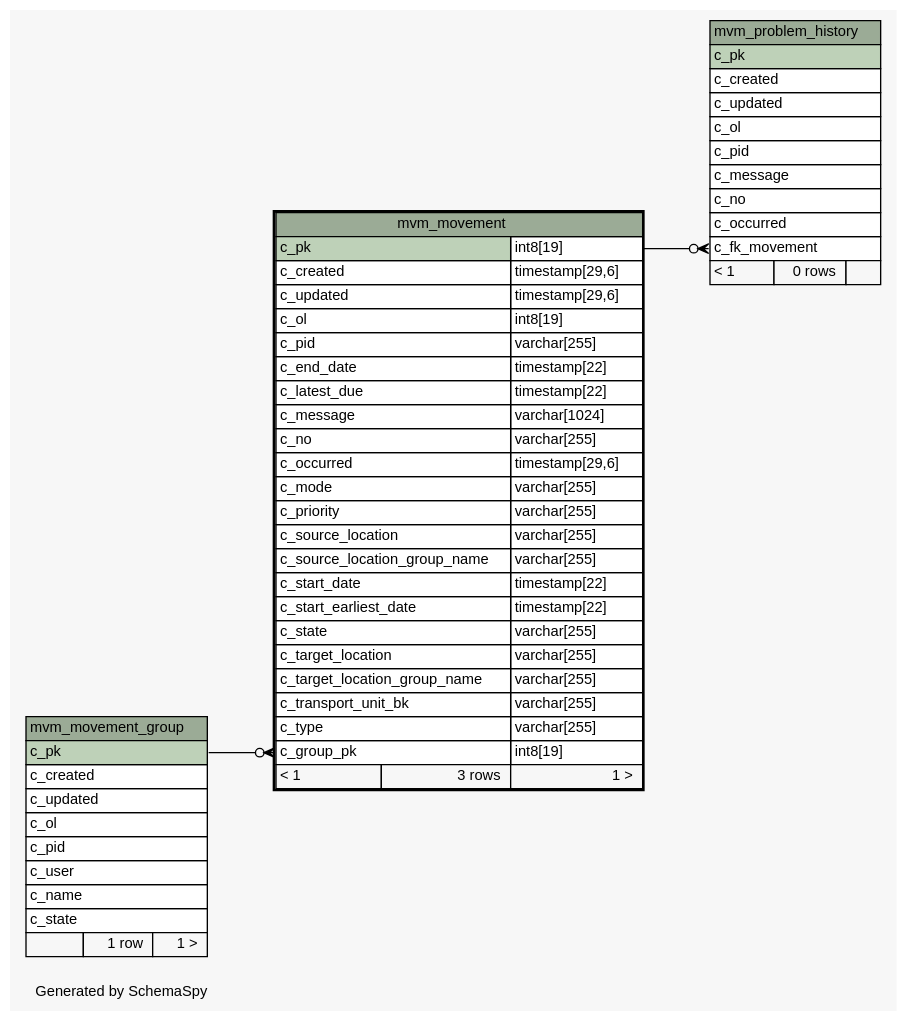
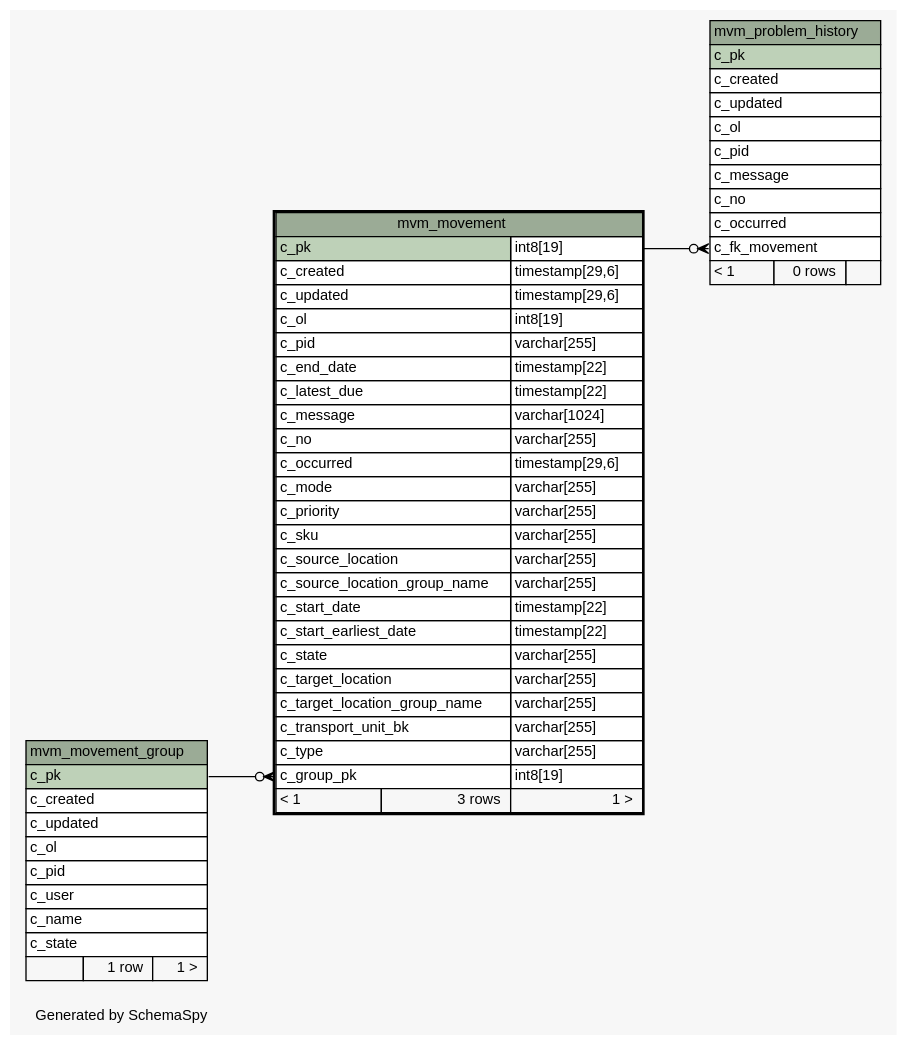
One commit to openwms/org.openwms.wms.movements.lib changed the diagram in 1.0.0-SNAPSHOT/schemaspy/diagrams/mvm_movement.1degree.dot. Above: the diagram before and after it, drawn with Graphviz. The commit also changed 221 other files, not shown here.

```diff
--- a/1.0.0-SNAPSHOT/schemaspy/diagrams/mvm_movement.1degree.dot
+++ b/1.0.0-SNAPSHOT/schemaspy/diagrams/mvm_movement.1degree.dot
@@ -1,90 +1,91 @@
 // dot 2.43.0 on Linux 5.8.0-1042-azure
 // SchemaSpy rev Unknown
 digraph "oneDegreeRelationshipsDiagram" {
   graph [
     rankdir="RL"
     bgcolor="#f7f7f7"
     label="\nGenerated by SchemaSpy"
     labeljust="l"
     nodesep="0.18"
     ranksep="0.46"
     fontname="Helvetica"
     fontsize="11"
   ];
   node [
     fontname="Helvetica"
     fontsize="11"
     shape="plaintext"
   ];
   edge [
     arrowsize="0.8"
   ];
   "mvm_movement":"c_group_pk":w -> "mvm_movement_group":"c_pk":e [arrowhead=none dir=back arrowtail=crowodot];
   "mvm_problem_history":"c_fk_movement":w -> "mvm_movement":"c_pk.type":e [arrowhead=none dir=back arrowtail=crowodot];
   "mvm_movement" [
     label=<
     <TABLE BORDER="2" CELLBORDER="1" CELLSPACING="0" BGCOLOR="#ffffff">
       <TR><TD COLSPAN="3" BGCOLOR="#9bab96" ALIGN="CENTER">mvm_movement</TD></TR>
       <TR><TD PORT="c_pk" COLSPAN="2" BGCOLOR="#bed1b8" ALIGN="LEFT">c_pk</TD><TD PORT="c_pk.type" ALIGN="LEFT">int8[19]</TD></TR>
       <TR><TD PORT="c_created" COLSPAN="2" ALIGN="LEFT">c_created</TD><TD PORT="c_created.type" ALIGN="LEFT">timestamp[29,6]</TD></TR>
       <TR><TD PORT="c_updated" COLSPAN="2" ALIGN="LEFT">c_updated</TD><TD PORT="c_updated.type" ALIGN="LEFT">timestamp[29,6]</TD></TR>
       <TR><TD PORT="c_ol" COLSPAN="2" ALIGN="LEFT">c_ol</TD><TD PORT="c_ol.type" ALIGN="LEFT">int8[19]</TD></TR>
       <TR><TD PORT="c_pid" COLSPAN="2" ALIGN="LEFT">c_pid</TD><TD PORT="c_pid.type" ALIGN="LEFT">varchar[255]</TD></TR>
       <TR><TD PORT="c_end_date" COLSPAN="2" ALIGN="LEFT">c_end_date</TD><TD PORT="c_end_date.type" ALIGN="LEFT">timestamp[22]</TD></TR>
       <TR><TD PORT="c_latest_due" COLSPAN="2" ALIGN="LEFT">c_latest_due</TD><TD PORT="c_latest_due.type" ALIGN="LEFT">timestamp[22]</TD></TR>
       <TR><TD PORT="c_message" COLSPAN="2" ALIGN="LEFT">c_message</TD><TD PORT="c_message.type" ALIGN="LEFT">varchar[1024]</TD></TR>
       <TR><TD PORT="c_no" COLSPAN="2" ALIGN="LEFT">c_no</TD><TD PORT="c_no.type" ALIGN="LEFT">varchar[255]</TD></TR>
       <TR><TD PORT="c_occurred" COLSPAN="2" ALIGN="LEFT">c_occurred</TD><TD PORT="c_occurred.type" ALIGN="LEFT">timestamp[29,6]</TD></TR>
       <TR><TD PORT="c_mode" COLSPAN="2" ALIGN="LEFT">c_mode</TD><TD PORT="c_mode.type" ALIGN="LEFT">varchar[255]</TD></TR>
       <TR><TD PORT="c_priority" COLSPAN="2" ALIGN="LEFT">c_priority</TD><TD PORT="c_priority.type" ALIGN="LEFT">varchar[255]</TD></TR>
+      <TR><TD PORT="c_sku" COLSPAN="2" ALIGN="LEFT">c_sku</TD><TD PORT="c_sku.type" ALIGN="LEFT">varchar[255]</TD></TR>
       <TR><TD PORT="c_source_location" COLSPAN="2" ALIGN="LEFT">c_source_location</TD><TD PORT="c_source_location.type" ALIGN="LEFT">varchar[255]</TD></TR>
       <TR><TD PORT="c_source_location_group_name" COLSPAN="2" ALIGN="LEFT">c_source_location_group_name</TD><TD PORT="c_source_location_group_name.type" ALIGN="LEFT">varchar[255]</TD></TR>
       <TR><TD PORT="c_start_date" COLSPAN="2" ALIGN="LEFT">c_start_date</TD><TD PORT="c_start_date.type" ALIGN="LEFT">timestamp[22]</TD></TR>
       <TR><TD PORT="c_start_earliest_date" COLSPAN="2" ALIGN="LEFT">c_start_earliest_date</TD><TD PORT="c_start_earliest_date.type" ALIGN="LEFT">timestamp[22]</TD></TR>
       <TR><TD PORT="c_state" COLSPAN="2" ALIGN="LEFT">c_state</TD><TD PORT="c_state.type" ALIGN="LEFT">varchar[255]</TD></TR>
       <TR><TD PORT="c_target_location" COLSPAN="2" ALIGN="LEFT">c_target_location</TD><TD PORT="c_target_location.type" ALIGN="LEFT">varchar[255]</TD></TR>
       <TR><TD PORT="c_target_location_group_name" COLSPAN="2" ALIGN="LEFT">c_target_location_group_name</TD><TD PORT="c_target_location_group_name.type" ALIGN="LEFT">varchar[255]</TD></TR>
       <TR><TD PORT="c_transport_unit_bk" COLSPAN="2" ALIGN="LEFT">c_transport_unit_bk</TD><TD PORT="c_transport_unit_bk.type" ALIGN="LEFT">varchar[255]</TD></TR>
       <TR><TD PORT="c_type" COLSPAN="2" ALIGN="LEFT">c_type</TD><TD PORT="c_type.type" ALIGN="LEFT">varchar[255]</TD></TR>
       <TR><TD PORT="c_group_pk" COLSPAN="2" ALIGN="LEFT">c_group_pk</TD><TD PORT="c_group_pk.type" ALIGN="LEFT">int8[19]</TD></TR>
       <TR><TD ALIGN="LEFT" BGCOLOR="#f7f7f7">&lt; 1</TD><TD ALIGN="RIGHT" BGCOLOR="#f7f7f7">3 rows</TD><TD ALIGN="RIGHT" BGCOLOR="#f7f7f7">1 &gt;</TD></TR>
     </TABLE>>
     URL="mvm_movement.html"
     tooltip="mvm_movement"
   ];
   "mvm_movement_group" [
     label=<
     <TABLE BORDER="0" CELLBORDER="1" CELLSPACING="0" BGCOLOR="#ffffff">
       <TR><TD COLSPAN="3" BGCOLOR="#9bab96" ALIGN="CENTER">mvm_movement_group</TD></TR>
       <TR><TD PORT="c_pk" COLSPAN="3" BGCOLOR="#bed1b8" ALIGN="LEFT">c_pk</TD></TR>
       <TR><TD PORT="c_created" COLSPAN="3" ALIGN="LEFT">c_created</TD></TR>
       <TR><TD PORT="c_updated" COLSPAN="3" ALIGN="LEFT">c_updated</TD></TR>
       <TR><TD PORT="c_ol" COLSPAN="3" ALIGN="LEFT">c_ol</TD></TR>
       <TR><TD PORT="c_pid" COLSPAN="3" ALIGN="LEFT">c_pid</TD></TR>
       <TR><TD PORT="c_user" COLSPAN="3" ALIGN="LEFT">c_user</TD></TR>
       <TR><TD PORT="c_name" COLSPAN="3" ALIGN="LEFT">c_name</TD></TR>
       <TR><TD PORT="c_state" COLSPAN="3" ALIGN="LEFT">c_state</TD></TR>
       <TR><TD ALIGN="LEFT" BGCOLOR="#f7f7f7">  </TD><TD ALIGN="RIGHT" BGCOLOR="#f7f7f7">1 row</TD><TD ALIGN="RIGHT" BGCOLOR="#f7f7f7">1 &gt;</TD></TR>
     </TABLE>>
     URL="mvm_movement_group.html"
     tooltip="mvm_movement_group"
   ];
   "mvm_problem_history" [
     label=<
     <TABLE BORDER="0" CELLBORDER="1" CELLSPACING="0" BGCOLOR="#ffffff">
       <TR><TD COLSPAN="3" BGCOLOR="#9bab96" ALIGN="CENTER">mvm_problem_history</TD></TR>
       <TR><TD PORT="c_pk" COLSPAN="3" BGCOLOR="#bed1b8" ALIGN="LEFT">c_pk</TD></TR>
       <TR><TD PORT="c_created" COLSPAN="3" ALIGN="LEFT">c_created</TD></TR>
       <TR><TD PORT="c_updated" COLSPAN="3" ALIGN="LEFT">c_updated</TD></TR>
       <TR><TD PORT="c_ol" COLSPAN="3" ALIGN="LEFT">c_ol</TD></TR>
       <TR><TD PORT="c_pid" COLSPAN="3" ALIGN="LEFT">c_pid</TD></TR>
       <TR><TD PORT="c_message" COLSPAN="3" ALIGN="LEFT">c_message</TD></TR>
       <TR><TD PORT="c_no" COLSPAN="3" ALIGN="LEFT">c_no</TD></TR>
       <TR><TD PORT="c_occurred" COLSPAN="3" ALIGN="LEFT">c_occurred</TD></TR>
       <TR><TD PORT="c_fk_movement" COLSPAN="3" ALIGN="LEFT">c_fk_movement</TD></TR>
       <TR><TD ALIGN="LEFT" BGCOLOR="#f7f7f7">&lt; 1</TD><TD ALIGN="RIGHT" BGCOLOR="#f7f7f7">0 rows</TD><TD ALIGN="RIGHT" BGCOLOR="#f7f7f7">  </TD></TR>
     </TABLE>>
     URL="mvm_problem_history.html"
     tooltip="mvm_problem_history"
   ];
 }
```
